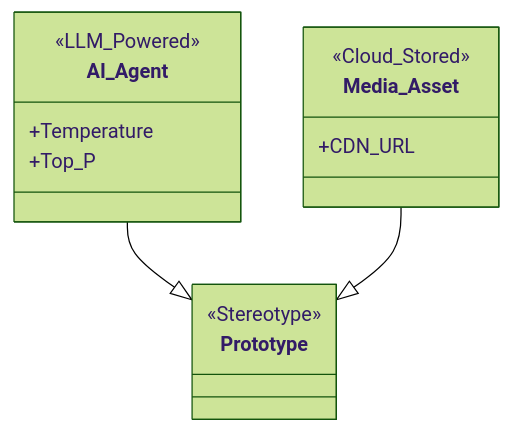
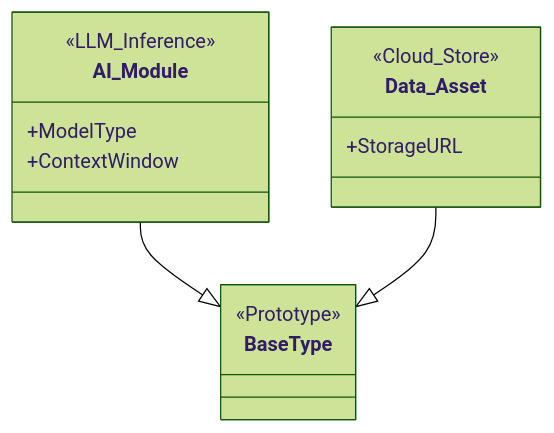
Before and after one commit to naresh-rn/echoly: the seventh of 20 diagrams in ALL_DIAGRAMS.md, drawn with Mermaid (forest theme). The commit also changed other lines of this file and 1 other file, not shown here.

Commit message:
docs: repair diagram rendering and finalize comprehensive architecture dossier

````diff
--- a/ALL_DIAGRAMS.md
+++ b/ALL_DIAGRAMS.md
@@ -197,17 +196,17 @@
 ```mermaid
 classDiagram
-    class Prototype {
-        <<Stereotype>>
+    class BaseType {
+        <<Prototype>>
     }
-    class AI_Agent {
-        <<LLM_Powered>>
-        +Temperature
-        +Top_P
+    class AI_Module {
+        <<LLM_Inference>>
+        +ModelType
+        +ContextWindow
     }
-    class Media_Asset {
-        <<Cloud_Stored>>
-        +CDN_URL
+    class Data_Asset {
+        <<Cloud_Store>>
+        +StorageURL
     }
-    AI_Agent --|> Prototype
-    Media_Asset --|> Prototype
+    AI_Module --|> BaseType
+    Data_Asset --|> BaseType
 ```
````
